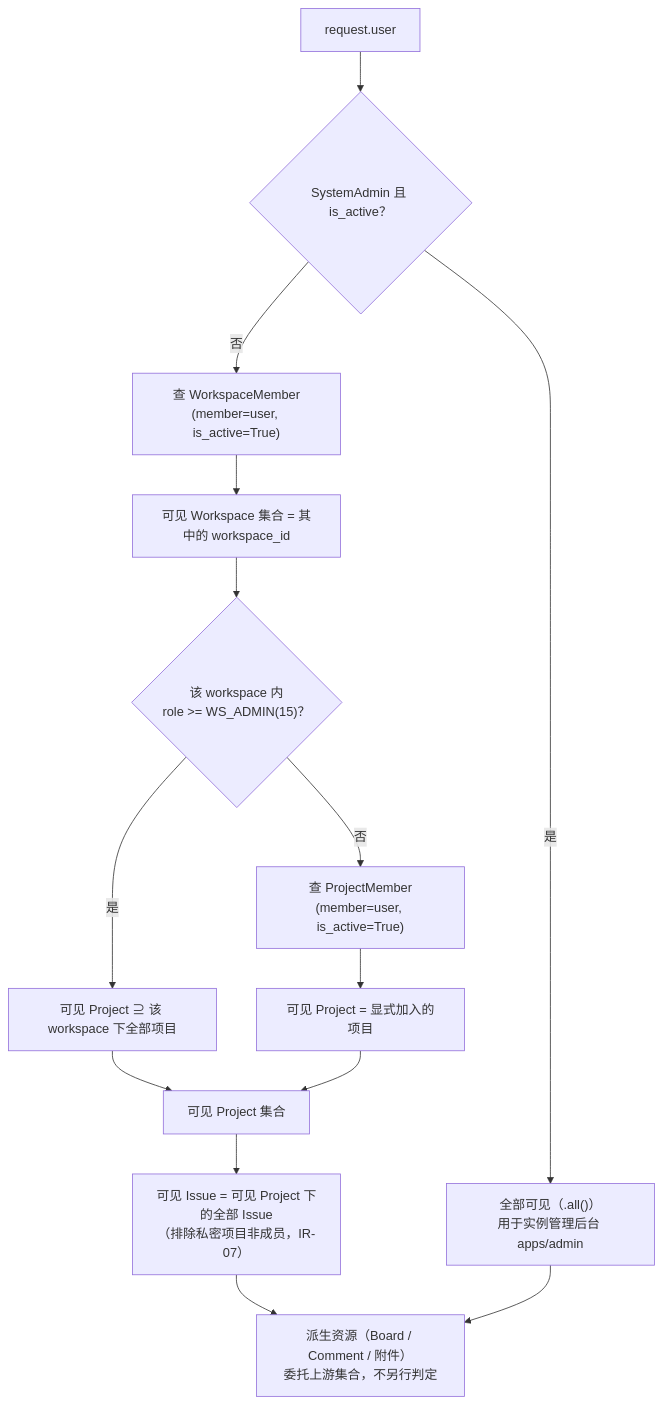
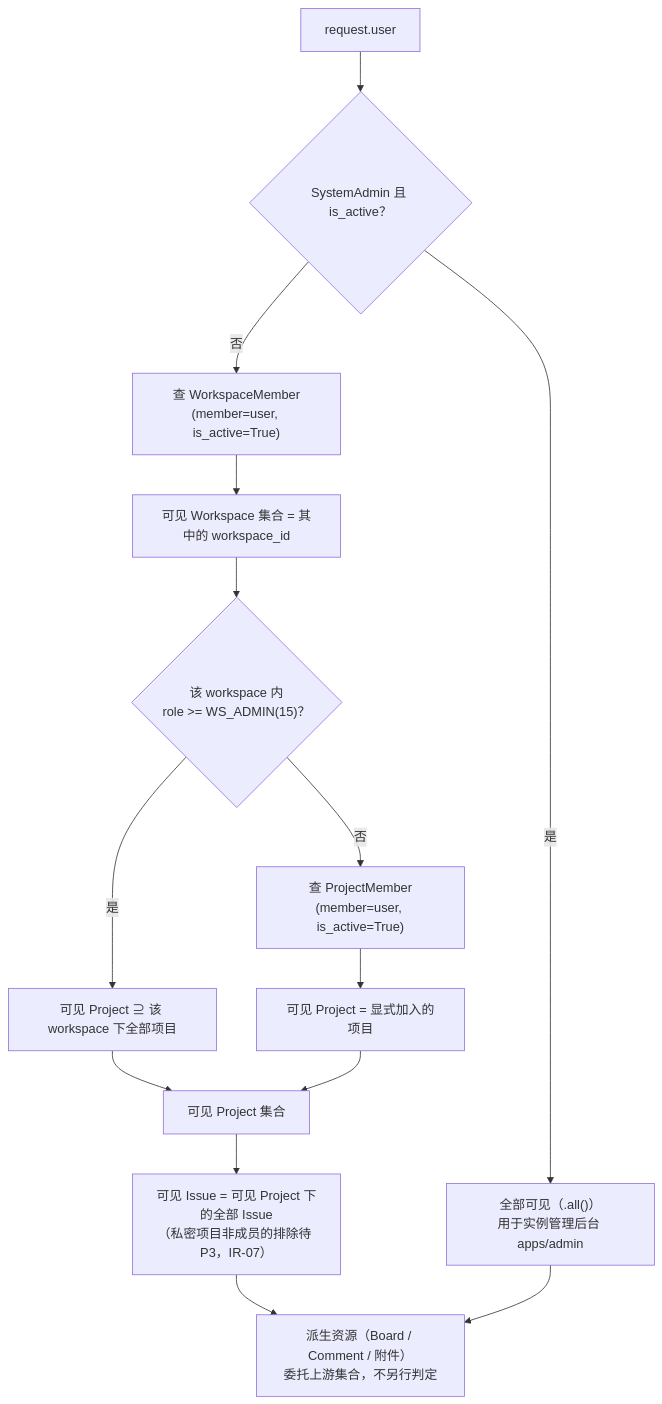
Before and after one commit to RabbitAI-Lab/RabbitProjects: the first of 2 diagrams in docs/sprint-0-poc/AUTH-003-basic-isolation.md, drawn with Mermaid. The commit also changed other lines of this file and 86 other files, not shown here.

````diff
--- a/docs/sprint-0-poc/AUTH-003-basic-isolation.md
+++ b/docs/sprint-0-poc/AUTH-003-basic-isolation.md
@@ -105,16 +108,16 @@
 ```mermaid
 flowchart TD
     U["request.user"] --> SA{"SystemAdmin 且 is_active？"}
     SA -- 是 --> ALL["全部可见（.all()）<br/>用于实例管理后台 apps/admin"]
     SA -- 否 --> WM["查 WorkspaceMember<br/>(member=user, is_active=True)"]
     WM --> W["可见 Workspace 集合 = 其中的 workspace_id"]
     W --> WA{"该 workspace 内<br/>role >= WS_ADMIN(15)？"}
     WA -- 是 --> P1["可见 Project ⊇ 该 workspace 下全部项目"]
     WA -- 否 --> PM["查 ProjectMember<br/>(member=user, is_active=True)"]
     PM --> P2["可见 Project = 显式加入的项目"]
     P1 --> P["可见 Project 集合"]
     P2 --> P
-    P --> I["可见 Issue = 可见 Project 下的全部 Issue<br/>（排除私密项目非成员，IR-07）"]
+    P --> I["可见 Issue = 可见 Project 下的全部 Issue<br/>（私密项目非成员的排除待 P3，IR-07）"]
     I --> DER["派生资源（Board / Comment / 附件）<br/>委托上游集合，不另行判定"]
     ALL --> DER
 ```
````
